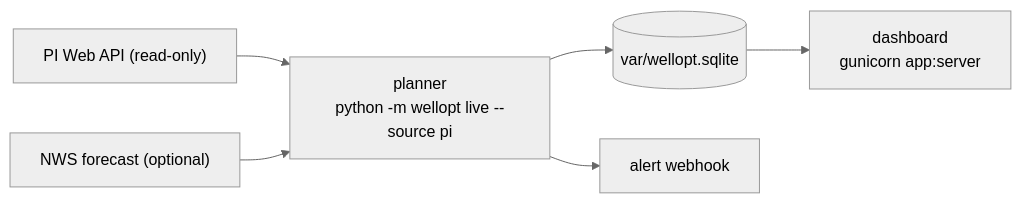
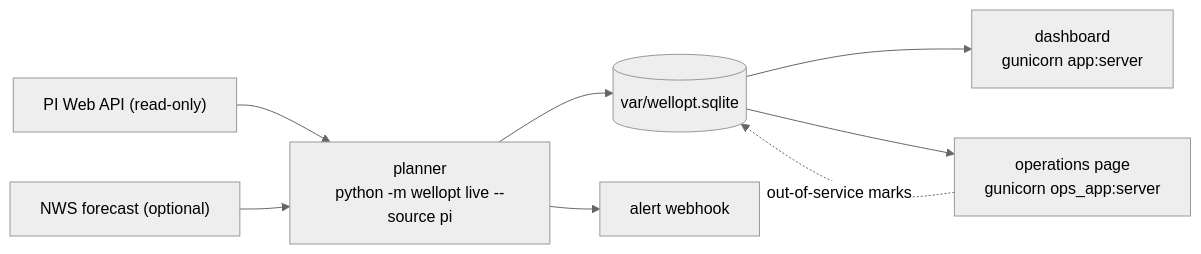
One commit to JacksonCorley/water_well_pump_optimization changed the diagram in docs/LIVE_DEPLOYMENT.md. Above: the diagram before and after it, drawn with Mermaid (neutral theme). The commit also changed other lines of this file and 29 other files, not shown here.

````diff
--- a/docs/LIVE_DEPLOYMENT.md
+++ b/docs/LIVE_DEPLOYMENT.md
@@ -10,8 +10,10 @@
 ```mermaid
 flowchart LR
   PI["PI Web API (read-only)"] --> P["planner<br/>python -m wellopt live --source pi"]
   NWS["NWS forecast (optional)"] --> P
   P --> DB[("var/wellopt.sqlite")]
   P --> W["alert webhook"]
   DB --> D["dashboard<br/>gunicorn app:server"]
+  DB --> O["operations page<br/>gunicorn ops_app:server"]
+  O -.->|out-of-service marks| DB
 ```
````
